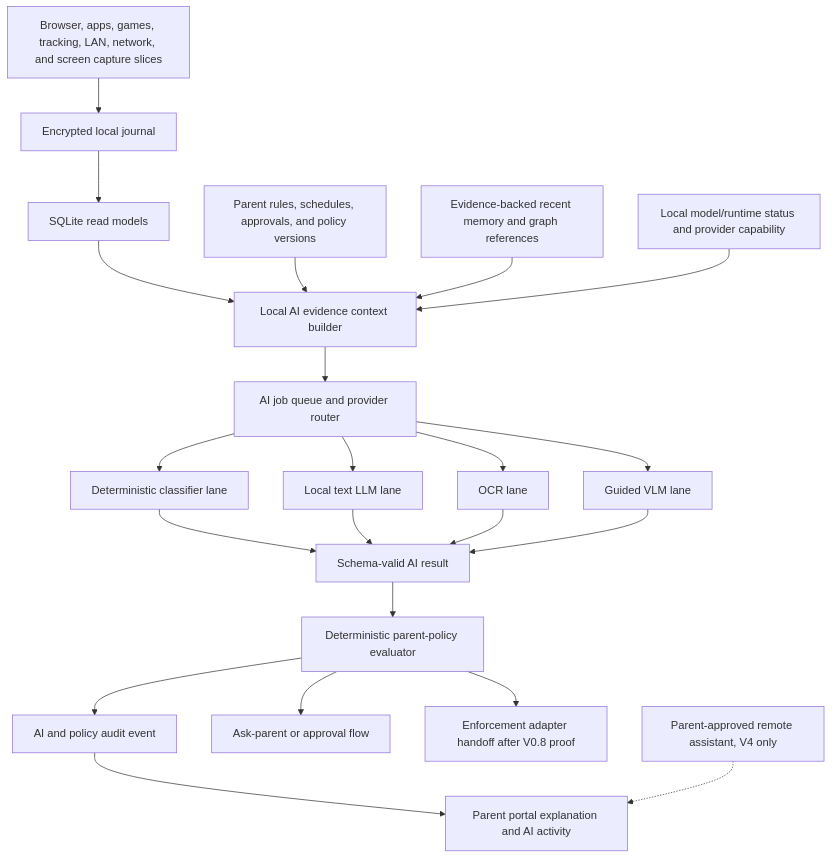
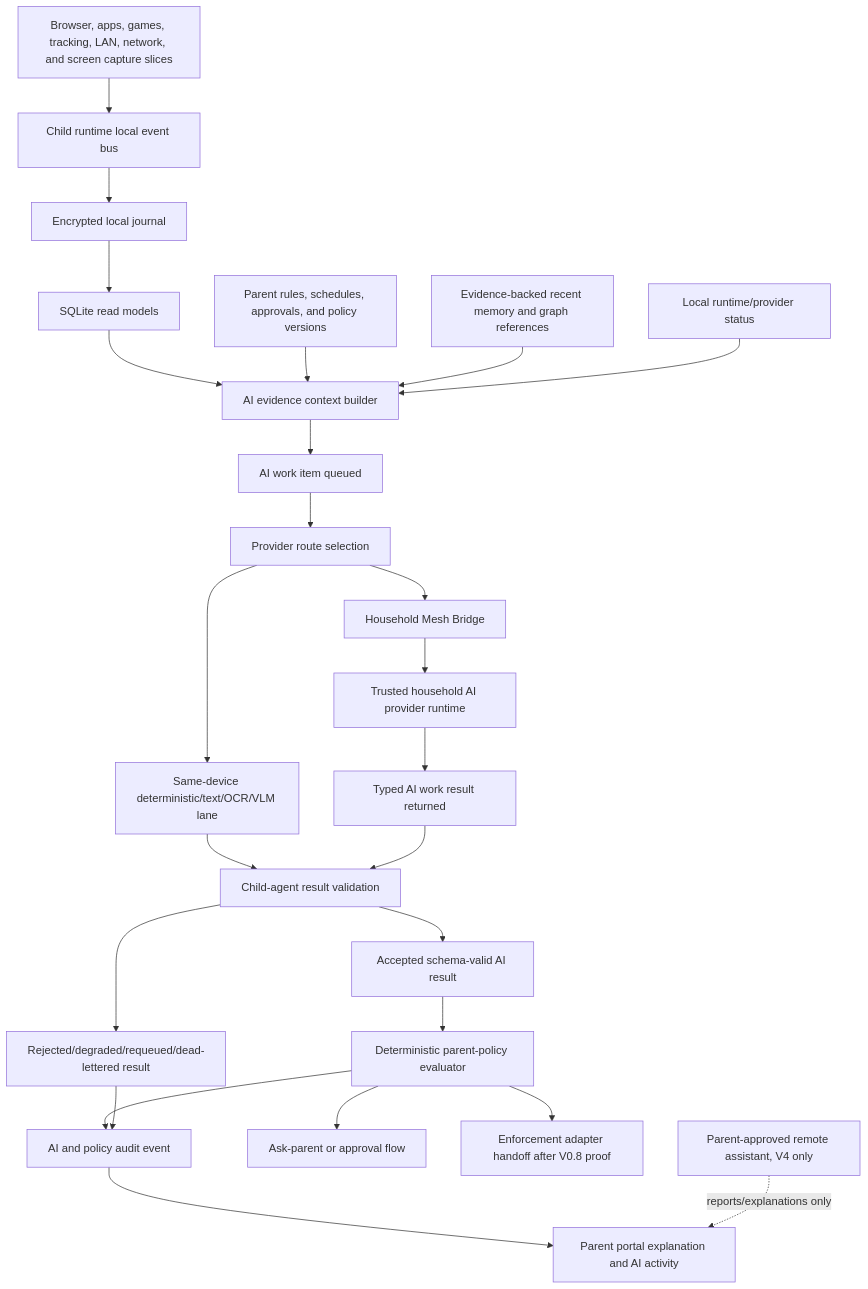
The diagram in docs/plans/ai-plan/README.md (ocentra/OcentraParent), drawn with Mermaid before and after one commit. The commit also changed other lines of this file and 34 other files, not shown here.

Commit message:
docs: define household ai provider mesh [skip ci]

````diff
--- a/docs/plans/ai-plan/README.md
+++ b/docs/plans/ai-plan/README.md
@@ -45,24 +48,27 @@
 ```mermaid
 flowchart TD
-  Capture["Browser, apps, games, tracking, LAN, network, and screen capture slices"] --> Journal["Encrypted local journal"]
+  Capture["Browser, apps, games, tracking, LAN, network, and screen capture slices"] --> LocalBusA["Child runtime local event bus"]
+  LocalBusA --> Journal["Encrypted local journal"]
   Journal --> Store["SQLite read models"]
-  Store --> Context["Local AI evidence context builder"]
+  Store --> Context["AI evidence context builder"]
   Rules["Parent rules, schedules, approvals, and policy versions"] --> Context
   Memory["Evidence-backed recent memory and graph references"] --> Context
-  Runtime["Local model/runtime status and provider capability"] --> Context
-  Context --> Queue["AI job queue and provider router"]
-  Queue --> Deterministic["Deterministic classifier lane"]
-  Queue --> TextModel["Local text LLM lane"]
-  Queue --> Ocr["OCR lane"]
-  Queue --> Vlm["Guided VLM lane"]
-  Deterministic --> Result["Schema-valid AI result"]
-  TextModel --> Result
-  Ocr --> Result
-  Vlm --> Result
-  Result --> Policy["Deterministic parent-policy evaluator"]
+  Runtime["Local runtime/provider status"] --> Context
+  Context --> Work["AI work item queued"]
+  Work --> Route["Provider route selection"]
+  Route --> SameDevice["Same-device deterministic/text/OCR/VLM lane"]
+  Route --> MeshBridge["Household Mesh Bridge"]
+  MeshBridge --> LanProvider["Trusted household AI provider runtime"]
+  LanProvider --> MeshResult["Typed AI work result returned"]
+  SameDevice --> Validate["Child-agent result validation"]
+  MeshResult --> Validate
+  Validate --> Accepted["Accepted schema-valid AI result"]
+  Validate --> Rejected["Rejected/degraded/requeued/dead-lettered result"]
+  Accepted --> Policy["Deterministic parent-policy evaluator"]
   Policy --> Audit["AI and policy audit event"]
   Policy --> ParentAsk["Ask-parent or approval flow"]
   Policy --> Enforcement["Enforcement adapter handoff after V0.8 proof"]
   Audit --> Portal["Parent portal explanation and AI activity"]
-  Remote["Parent-approved remote assistant, V4 only"] -.-> Portal
+  Rejected --> Audit
+  Remote["Parent-approved remote assistant, V4 only"] -. "reports/explanations only" .-> Portal
 ```
````
